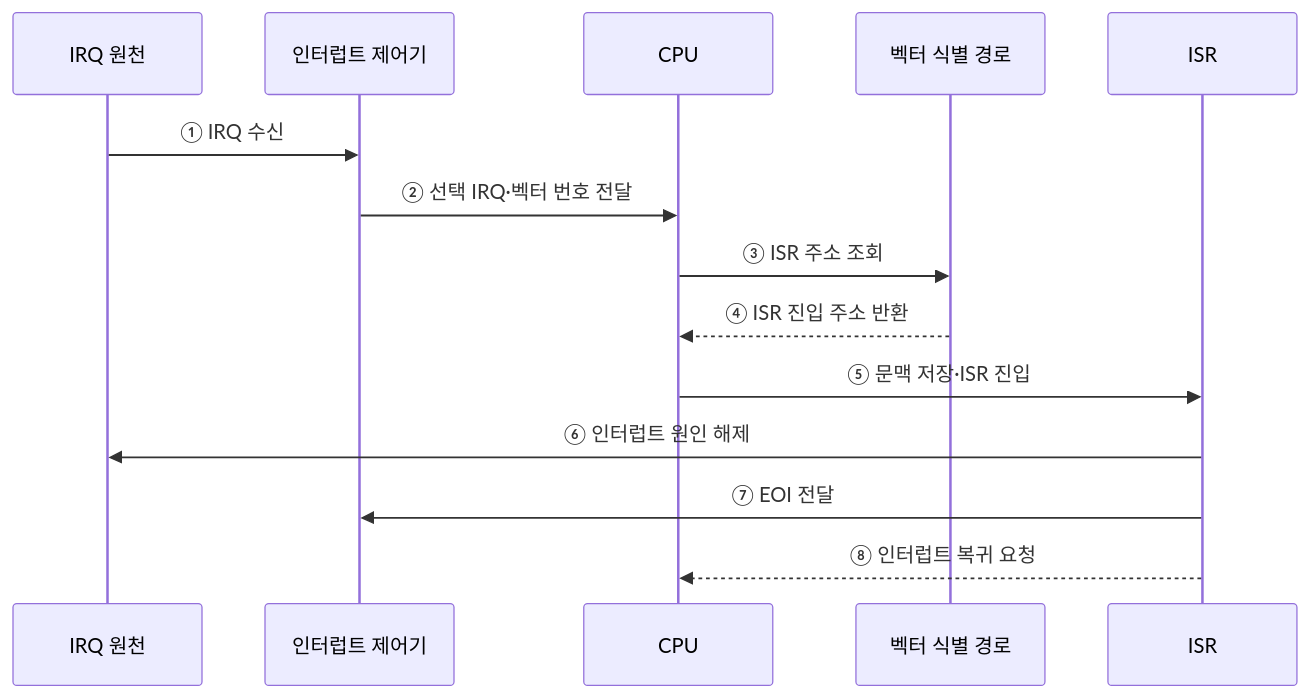
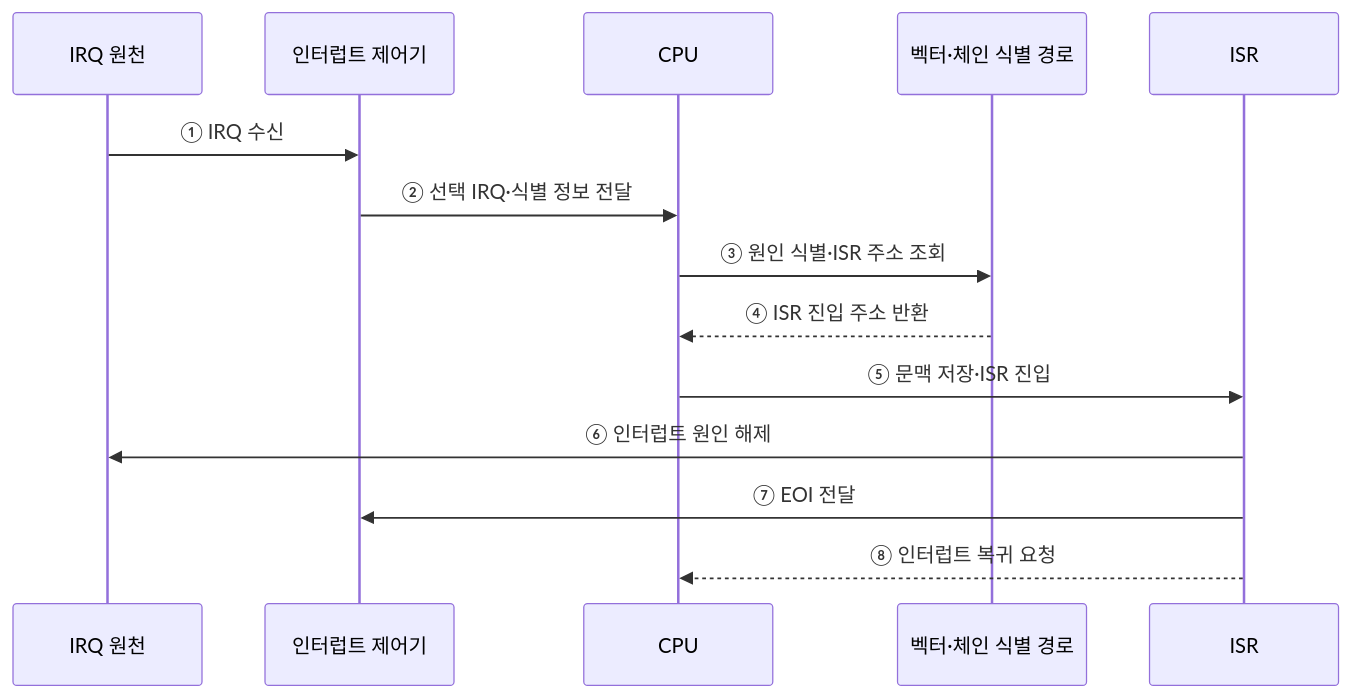
The second of 2 diagrams in src/content/docs/notes/02-hardware/034_interrupt_handling.md (agnusdei1207/knowledge-base), drawn with Mermaid before and after one commit. The commit also changed other lines of this file and 20 other files, not shown here.

````diff
--- a/src/content/docs/notes/02-hardware/034_interrupt_handling.md
+++ b/src/content/docs/notes/02-hardware/034_interrupt_handling.md
@@ -86,16 +77,16 @@
 ```mermaid
 sequenceDiagram
     participant D as IRQ 원천
     participant C as 인터럽트 제어기
     participant P as CPU
-    participant V as 벡터 식별 경로
+    participant V as 벡터·체인 식별 경로
     participant I as ISR
     D->>C: ① IRQ 수신
-    C->>P: ② 선택 IRQ·벡터 번호 전달
-    P->>V: ③ ISR 주소 조회
+    C->>P: ② 선택 IRQ·식별 정보 전달
+    P->>V: ③ 원인 식별·ISR 주소 조회
     V-->>P: ④ ISR 진입 주소 반환
     P->>I: ⑤ 문맥 저장·ISR 진입
     I->>D: ⑥ 인터럽트 원인 해제
     I->>C: ⑦ EOI 전달
     I-->>P: ⑧ 인터럽트 복귀 요청
 ```
````
